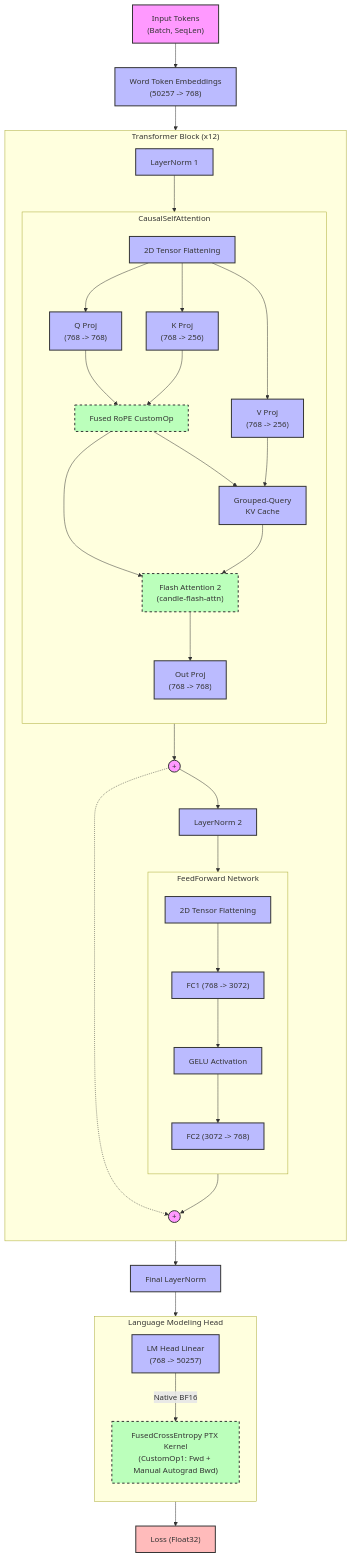
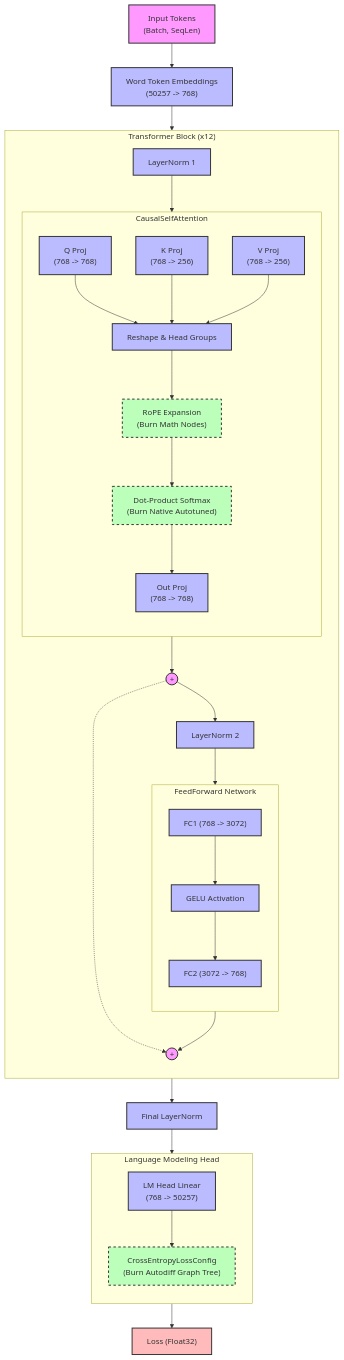
One commit to ltouati/tiny-llm changed the diagram in architecture.mmd. Above: the diagram before and after it, drawn with Mermaid. The commit also changed 13 other files, not shown here.

```diff
--- a/architecture.mmd
+++ b/architecture.mmd
@@ -1,80 +1,74 @@
 graph TD
     classDef tensor fill:#f9f,stroke:#333,stroke-width:2px;
     classDef layer fill:#bbf,stroke:#333,stroke-width:2px;
     classDef custom fill:#bfb,stroke:#333,stroke-width:2px,stroke-dasharray: 5 5;
     classDef loss fill:#fbb,stroke:#333,stroke-width:2px;
 
     Input["Input Tokens\n(Batch, SeqLen)"]:::tensor --> WTE["Word Token Embeddings\n(50257 -> 768)"]:::layer
 
     subgraph TransformerBlock["Transformer Block (x12)"]
         direction TB
         LN1["LayerNorm 1"]:::layer
         
         subgraph Attention["CausalSelfAttention"]
             direction TB
-            FlattenQ["2D Tensor Flattening"]:::layer
             Q["Q Proj\n(768 -> 768)"]:::layer
             K["K Proj\n(768 -> 256)"]:::layer
             V["V Proj\n(768 -> 256)"]:::layer
             
-            FlattenQ --> Q
-            FlattenQ --> K
-            FlattenQ --> V
+            ReshapeQ["Reshape & Head Groups"]:::layer
             
-            RoPE["Fused RoPE CustomOp"]:::custom
+            Q --> ReshapeQ
+            K --> ReshapeQ
+            V --> ReshapeQ
             
-            Q --> RoPE
-            K --> RoPE
+            RoPE["RoPE Expansion\n(Burn Math Nodes)"]:::custom
             
-            KCache["Grouped-Query\nKV Cache"]:::layer
-            RoPE --> KCache
-            V --> KCache
+            ReshapeQ --> RoPE
             
-            Flash["Flash Attention 2\n(candle-flash-attn)"]:::custom
+            Flash["Dot-Product Softmax\n(Burn Native Autotuned)"]:::custom
             
             RoPE --> Flash
-            KCache --> Flash
             
             OutProj["Out Proj\n(768 -> 768)"]:::layer
             Flash --> OutProj
         end
 
-        LN1 --> FlattenQ
+        LN1 --> Attention
         
         Add1((+)):::tensor
         
         LN2["LayerNorm 2"]:::layer
         
         subgraph FFN["FeedForward Network"]
             direction TB
-            FlattenFFN["2D Tensor Flattening"]:::layer
             FC1["FC1 (768 -> 3072)"]:::layer
             GELU["GELU Activation"]:::layer
             FC2["FC2 (3072 -> 768)"]:::layer
-            FlattenFFN --> FC1 --> GELU --> FC2
+            FC1 --> GELU --> FC2
         end
 
         Add2((+)):::tensor
         
         Attention --> Add1
         Add1 --> LN2
-        LN2 --> FlattenFFN
+        LN2 --> FFN
         FFN --> Add2
     end
 
     WTE --> LN1
     Add1 -.-> Add2
 
     LNFinal["Final LayerNorm"]:::layer
     Add2 --> LNFinal
 
     subgraph LMHead["Language Modeling Head"]
         direction TB
         LMLinear["LM Head Linear\n(768 -> 50257)"]:::layer
-        Loss["FusedCrossEntropy PTX Kernel\n(CustomOp1: Fwd + Manual Autograd Bwd)"]:::custom
+        Loss["CrossEntropyLossConfig\n(Burn Autodiff Graph Tree)"]:::custom
         
-        LMLinear -->|Native BF16| Loss
+        LMLinear --> Loss
     end
 
     LNFinal --> LMLinear
     Loss --> Output["Loss (Float32)"]:::loss
```
